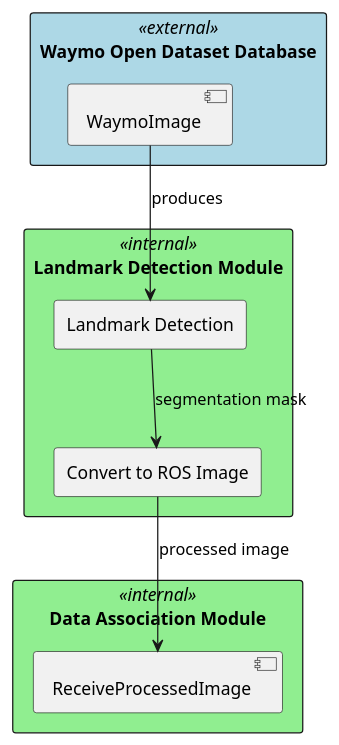
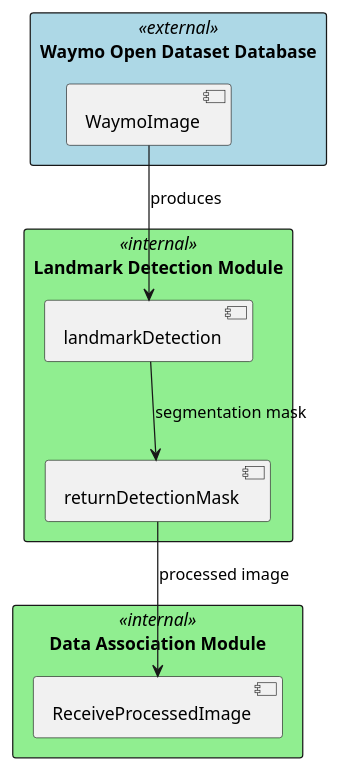
One commit to RodrigoIglesia/TFM_Landmark_Based_Localization changed the diagram in uml/system/landmark_detect_sys_function.puml. Above: the diagram before and after it, drawn with PlantUML. The commit also changed 25 other files, not shown here.

```diff
--- a/uml/system/landmark_detect_sys_function.puml
+++ b/uml/system/landmark_detect_sys_function.puml
@@ -1,26 +1,26 @@
 @startuml
 skinparam rectangle {
     BackgroundColor<<external>> LightBlue
     BackgroundColor<<internal>> LightGreen
     Padding 20
     MinWidth 300
 }
 
 rectangle "Waymo Open Dataset Database" <<external>> {
     [WaymoImage]
 }
 
 rectangle "Landmark Detection Module" <<internal>> {
-    rectangle "Landmark Detection" as landmarkDetection
-    rectangle "Convert to ROS Image" as convertToRosImage
+    [landmarkDetection]
+    [returnDetectionMask]
 }
 
 rectangle "Data Association Module" <<internal>> {
     [ReceiveProcessedImage]
 }
 
-[WaymoImage] --> landmarkDetection : produces
-landmarkDetection --> convertToRosImage : segmentation mask
-convertToRosImage --> [ReceiveProcessedImage] : processed image
+[WaymoImage] --> [landmarkDetection] : produces
+[landmarkDetection] --> [returnDetectionMask] : segmentation mask
+[returnDetectionMask] --> [ReceiveProcessedImage] : processed image
 
 @enduml
```
